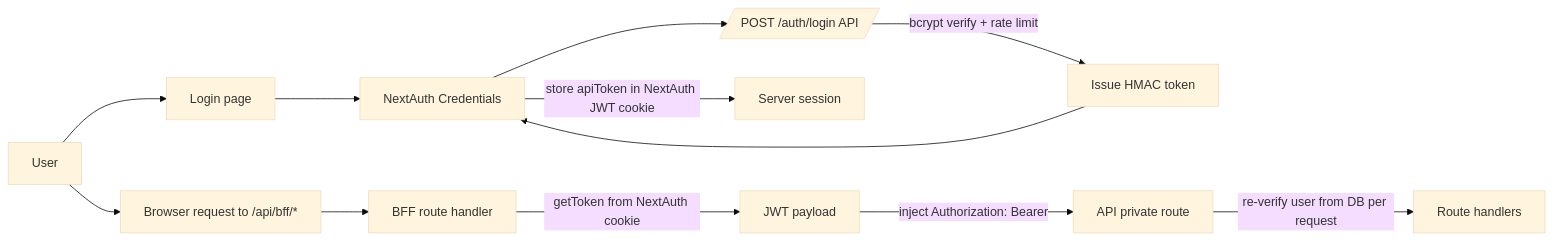
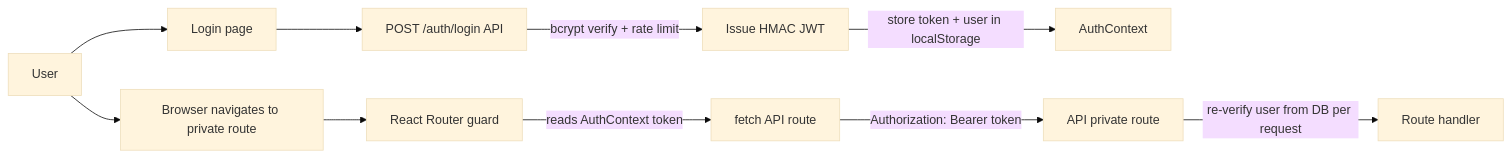
The diagram in docs/15-deep-dive-auth-session-architecture.md (UncleJS/bePrepared), drawn with Mermaid (base theme) before and after one commit. The commit also changed other lines of this file and 11 other files, not shown here.

First line of the commit message:
Refactor documentation and deployment configurations for transition from Next.js to Vite + React

````diff
--- a/docs/15-deep-dive-auth-session-architecture.md
+++ b/docs/15-deep-dive-auth-session-architecture.md
@@ -44,15 +43,13 @@
 ```mermaid
 flowchart LR
   U[User] --> L[Login page]
-  L --> N[NextAuth Credentials]
-  N --> A[/POST /auth/login API/]
-  A -->|bcrypt verify + rate limit| T[Issue HMAC token]
-  T --> N
-  N -->|store apiToken in NextAuth JWT cookie| S[Server session]
+  L --> A[POST /auth/login API]
+  A -->|bcrypt verify + rate limit| T[Issue HMAC JWT]
+  T -->|store token + user in localStorage| AC[AuthContext]
 
-  U --> P[Browser request to /api/bff/*]
-  P --> B[BFF route handler]
-  B -->|getToken from NextAuth cookie| J[JWT payload]
-  J -->|inject Authorization: Bearer| A2[API private route]
-  A2 -->|re-verify user from DB per request| R[Route handlers]
+  U --> P[Browser navigates to private route]
+  P --> RG[React Router guard]
+  RG -->|reads AuthContext token| REQ[fetch API route]
+  REQ -->|Authorization: Bearer token| AP[API private route]
+  AP -->|re-verify user from DB per request| R[Route handler]
 ```
````
